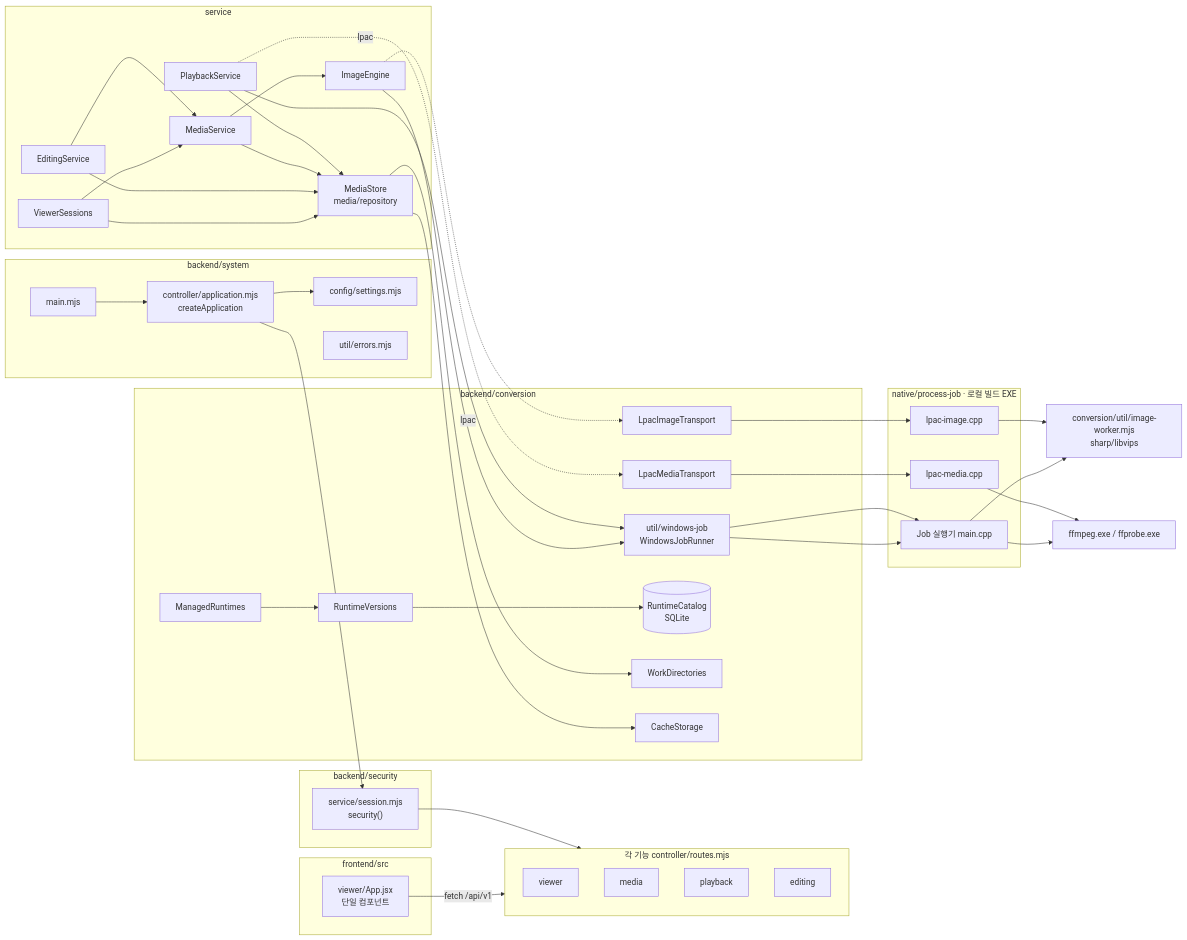
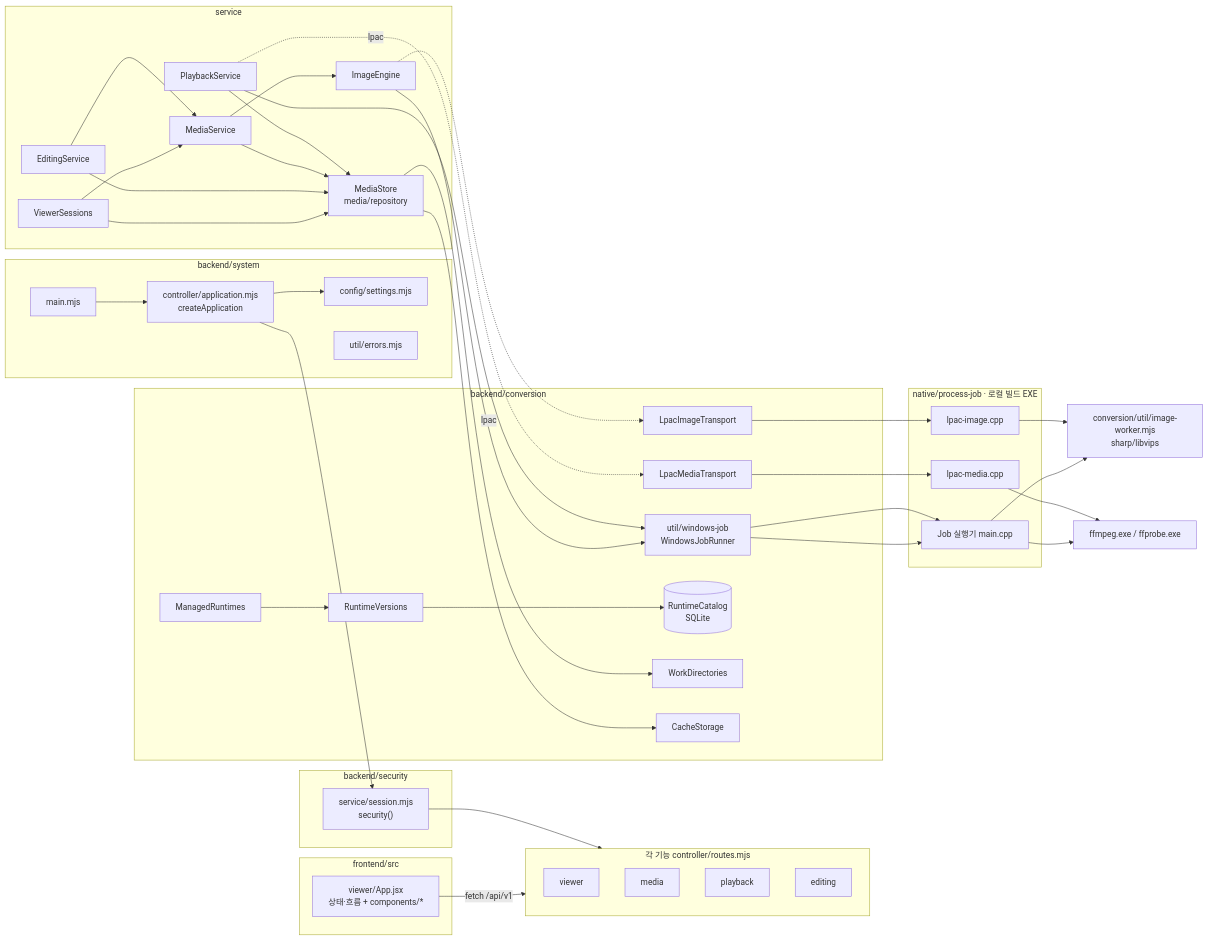
One commit to SiZz-dev/SimpleImgViewer changed the diagram in docs/PROJECT_MAP.md. Above: the diagram before and after it, drawn with Mermaid. The commit also changed other lines of this file and 28 other files, not shown here.

````diff
--- a/docs/PROJECT_MAP.md
+++ b/docs/PROJECT_MAP.md
@@ -13,51 +13,51 @@
 ```mermaid
 flowchart LR
   subgraph FE[frontend/src]
-    App[viewer/App.jsx<br/>단일 컴포넌트]
+    App["viewer/App.jsx<br/>상태·흐름 + components/*"]
   end
   subgraph SYS[backend/system]
     main[main.mjs] --> appf[controller/application.mjs<br/>createApplication]
     appf --> settings[config/settings.mjs]
     errors[util/errors.mjs]
   end
   subgraph SEC[backend/security]
     sess["service/session.mjs<br/>security()"]
   end
   subgraph CTRL[각 기능 controller/routes.mjs]
     vr[viewer]
     mr[media]
     pr[playback]
     er[editing]
   end
   subgraph SVC[service]
     VS[ViewerSessions] --> MS
     ES[EditingService] --> MS[MediaService]
     MS --> IE[ImageEngine]
     PS[PlaybackService]
     Store[MediaStore<br/>media/repository]
   end
   subgraph CONV[backend/conversion]
     IE --> WJ[util/windows-job<br/>WindowsJobRunner]
     IE -.lpac.-> LIT[LpacImageTransport]
     PS -.lpac.-> LMT[LpacMediaTransport]
     MR[ManagedRuntimes] --> RV[RuntimeVersions] --> RC[(RuntimeCatalog<br/>SQLite)]
     WD[WorkDirectories]
     CS[CacheStorage]
   end
   subgraph NATIVE[native/process-job · 로컬 빌드 EXE]
     JL[Job 실행기 main.cpp]
     LI[lpac-image.cpp] & LM[lpac-media.cpp]
   end
   App -- fetch /api/v1 --> CTRL
   appf --> sess --> CTRL
   WJ --> JL --> W[conversion/util/image-worker.mjs<br/>sharp/libvips]
   PS --> WJ --> JL --> FF[ffmpeg.exe / ffprobe.exe]
   LIT --> LI --> W
   LMT --> LM --> FF
   Store --> WD
   Store --> CS
   VS --> Store
   ES --> Store
   MS --> Store
   PS --> Store
 ```
````
